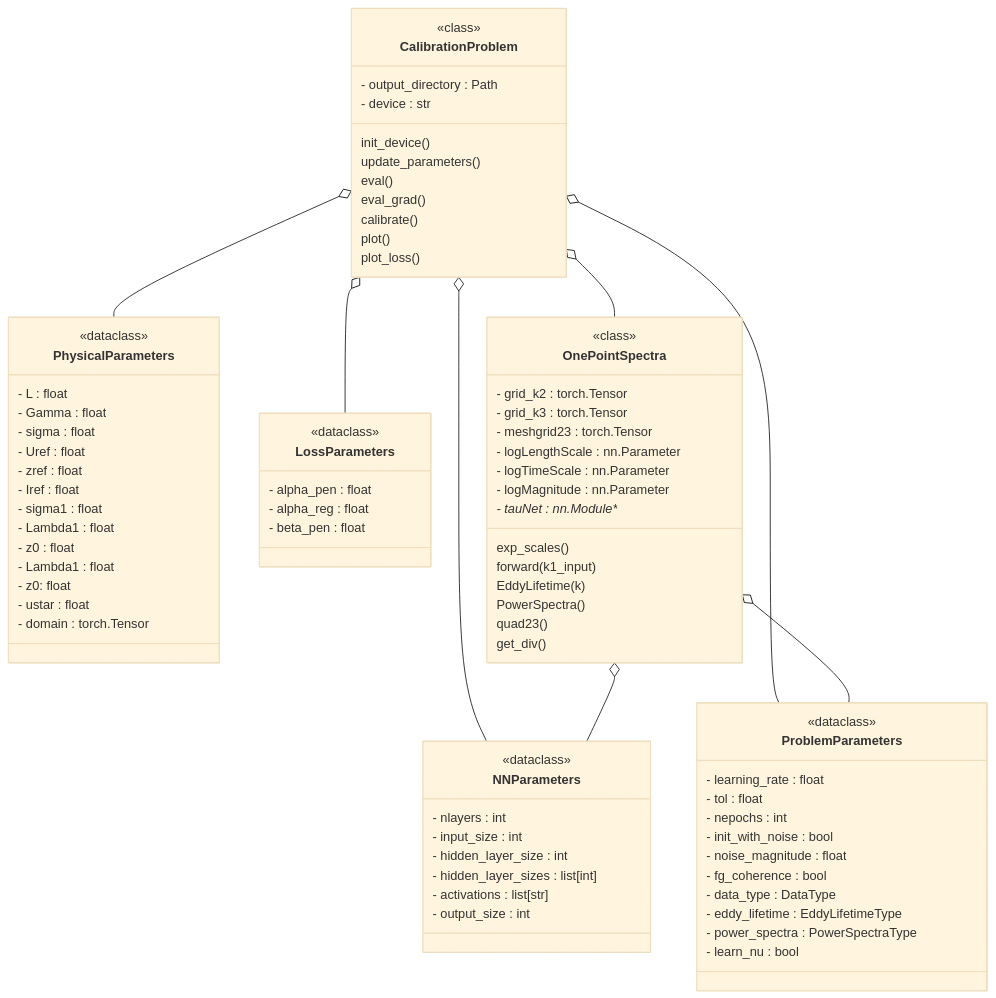
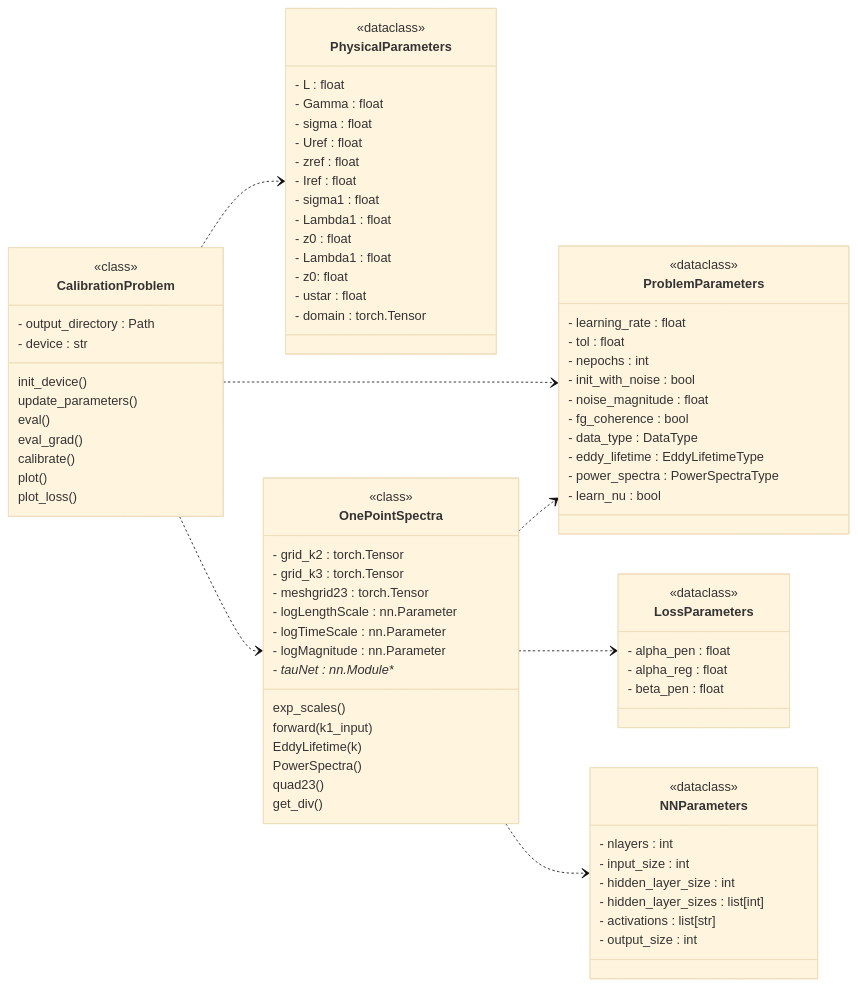
Before and after one commit to METHODS-Group/DRDMannTurb: the diagram in docs/source/uml_drd.rst, drawn with Mermaid (base theme). The commit also changed other lines of this file and 11 other files, not shown here.

Commit message:
restructures data types & class documentation and updates UML diagram

```diff
--- a/docs/source/uml_drd.rst
+++ b/docs/source/uml_drd.rst
@@ -3,7 +10,8 @@
 .. mermaid:: 
     :zoom:
-
+  
     classDiagram
+    direction LR
         class CalibrationProblem {
             <<class>>
             - output_directory : Path
@@ -77,10 +85,9 @@
             get_div()
         }
 
-        CalibrationProblem o-- NNParameters
-        CalibrationProblem o-- ProblemParameters
-        CalibrationProblem o-- PhysicalParameters
-        CalibrationProblem o-- LossParameters
-        CalibrationProblem o-- OnePointSpectra
-        OnePointSpectra o--  ProblemParameters
-        OnePointSpectra  o-- NNParameters
+        CalibrationProblem ..> ProblemParameters
+        CalibrationProblem ..> PhysicalParameters
+        OnePointSpectra ..> LossParameters
+        CalibrationProblem ..> OnePointSpectra
+        OnePointSpectra ..>  ProblemParameters
+        OnePointSpectra  ..> NNParameters
```
